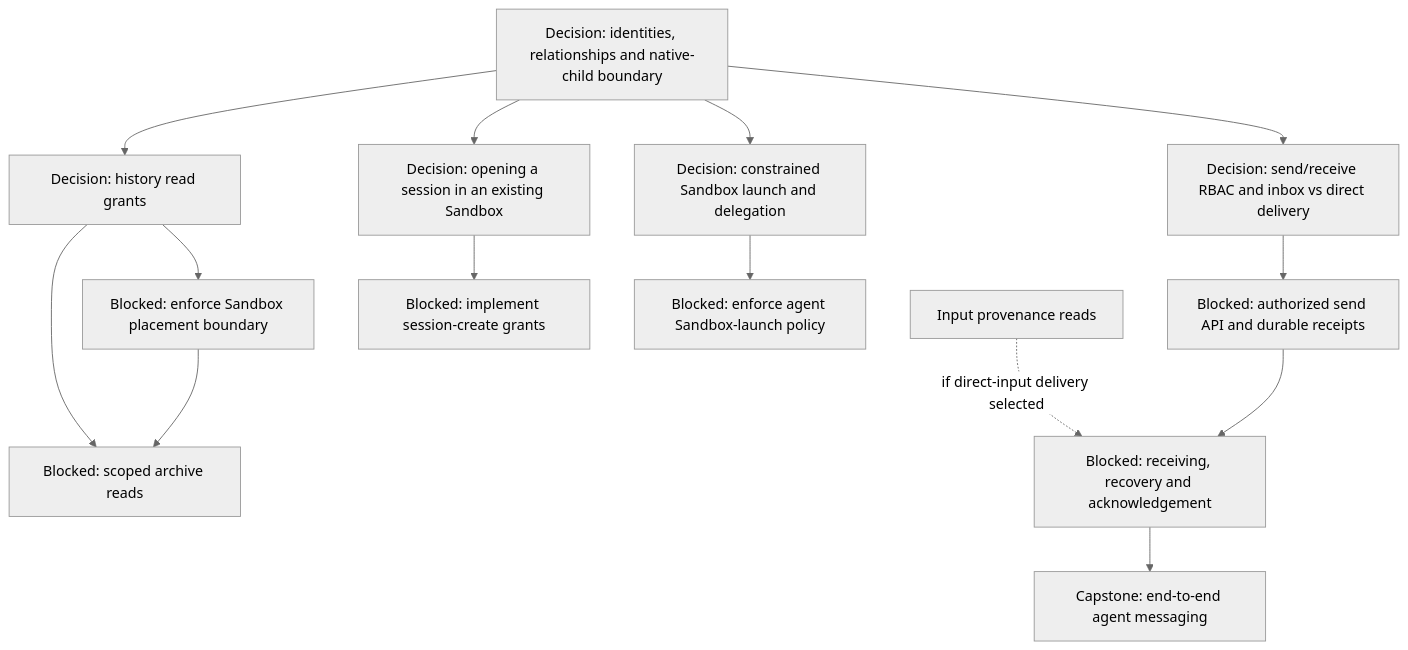
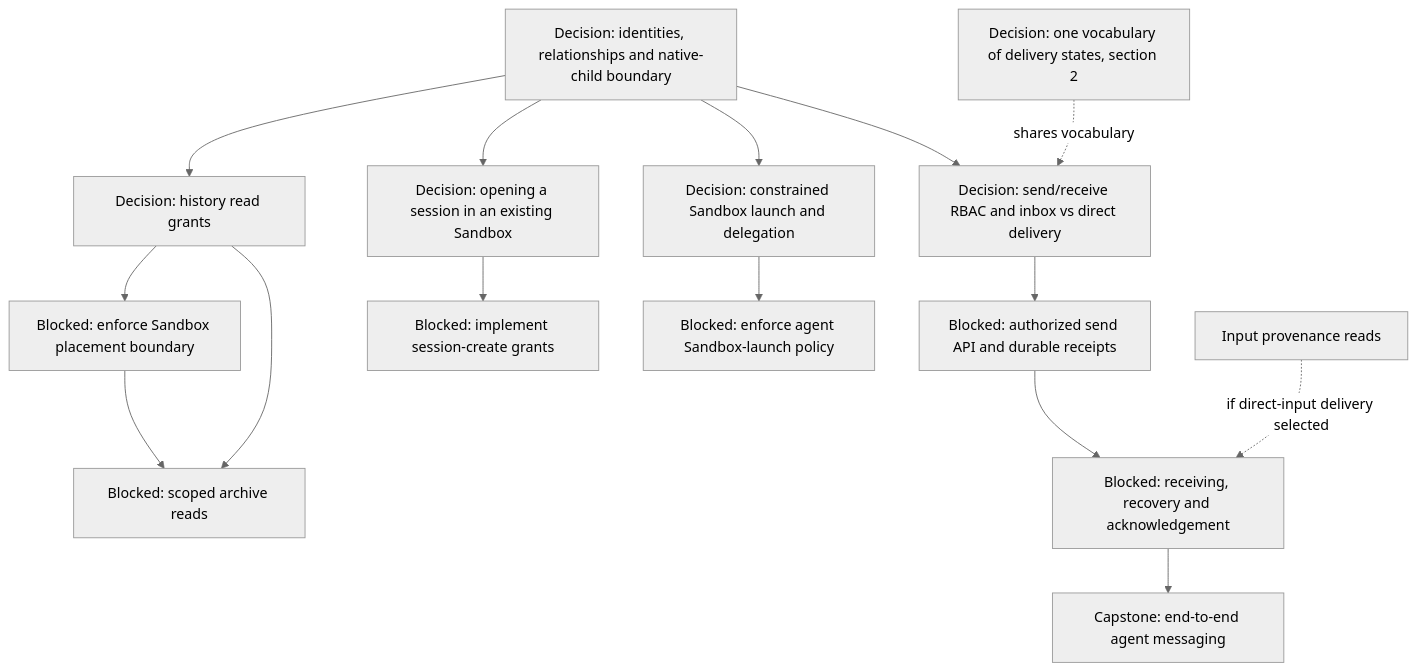
The fifth of 15 diagrams in agentplane/plans/task_dag.md (agentydragon-agent/ducktape), drawn with Mermaid (neutral theme) before and after one commit. The commit also changed other lines of this file, not shown here.

````diff
--- a/agentplane/plans/task_dag.md
+++ b/agentplane/plans/task_dag.md
@@ -191,28 +204,29 @@
 ```mermaid
 flowchart TD
     MULTIAGENT_MODEL[Decision: identities, relationships and native-child boundary]
     THREAD_READ_POLICY_DESIGN[Decision: history read grants]
     SANDBOX_COMPARTMENT_BOUNDARY[Blocked: enforce Sandbox placement boundary]
     THREAD_READ_POLICY[Blocked: scoped archive reads]
     AGENT_MESSAGING_DESIGN[Decision: send/receive RBAC and inbox vs direct delivery]
     AGENT_MESSAGE_INGRESS[Blocked: authorized send API and durable receipts]
     AGENT_MESSAGE_RECEPTION[Blocked: receiving, recovery and acknowledgement]
     AGENT_MESSAGING[Capstone: end-to-end agent messaging]
     THREAD_CREATE_POLICY[Decision: opening a session in an existing Sandbox]
     THREAD_CREATE_AUTHORIZATION[Blocked: implement session-create grants]
     AGENT_LAUNCH_POLICY_DESIGN[Decision: constrained Sandbox launch and delegation]
     AGENT_SANDBOX_LAUNCH[Blocked: enforce agent Sandbox-launch policy]
+    COMMAND_DELIVERY_STATES[Decision: one vocabulary of delivery states, section 2] -. shares vocabulary .-> AGENT_MESSAGING_DESIGN
     MULTIAGENT_MODEL --> THREAD_READ_POLICY_DESIGN
     MULTIAGENT_MODEL --> AGENT_MESSAGING_DESIGN
     MULTIAGENT_MODEL --> THREAD_CREATE_POLICY
     MULTIAGENT_MODEL --> AGENT_LAUNCH_POLICY_DESIGN
     THREAD_READ_POLICY_DESIGN --> SANDBOX_COMPARTMENT_BOUNDARY
     THREAD_READ_POLICY_DESIGN --> THREAD_READ_POLICY
     SANDBOX_COMPARTMENT_BOUNDARY --> THREAD_READ_POLICY
     AGENT_MESSAGING_DESIGN --> AGENT_MESSAGE_INGRESS
     SESSION_INPUT_METADATA_READ[Input provenance reads] -. if direct-input delivery selected .-> AGENT_MESSAGE_RECEPTION
     AGENT_MESSAGE_INGRESS --> AGENT_MESSAGE_RECEPTION
     AGENT_MESSAGE_RECEPTION --> AGENT_MESSAGING
     THREAD_CREATE_POLICY --> THREAD_CREATE_AUTHORIZATION
     AGENT_LAUNCH_POLICY_DESIGN --> AGENT_SANDBOX_LAUNCH
 ```
````
